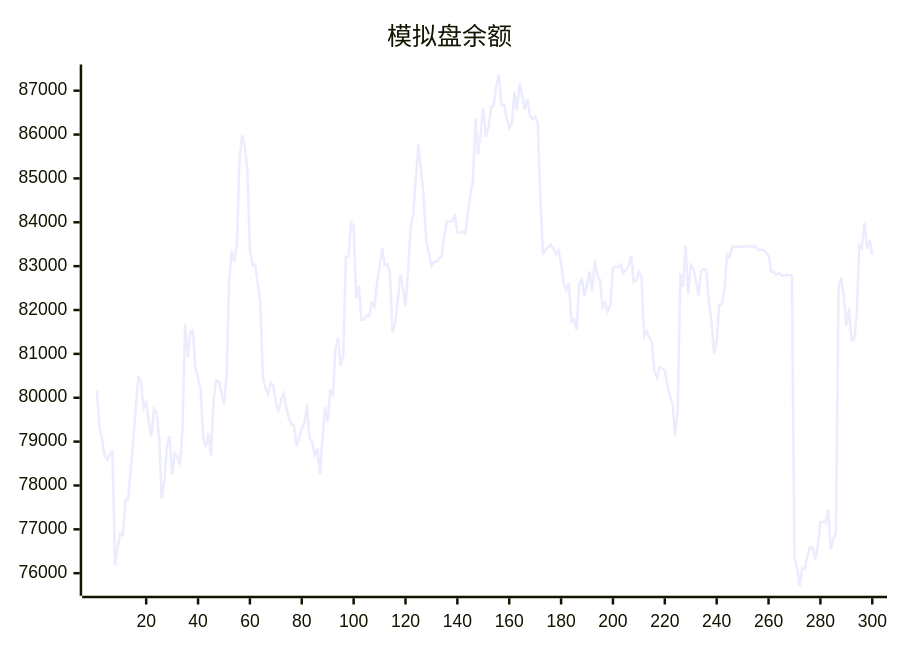
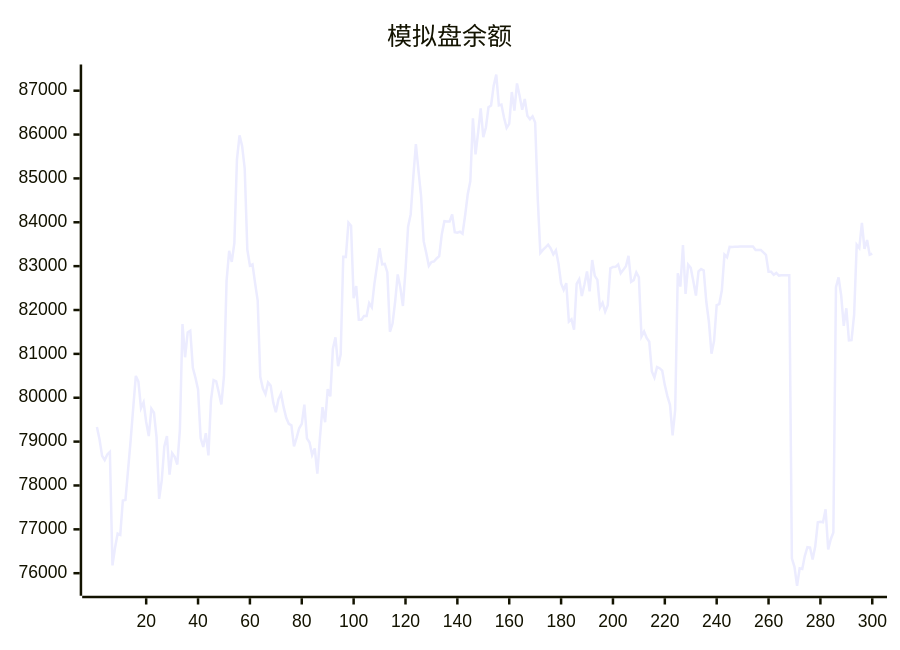
The diagram in README.md (aahl/ai-trading), drawn with Mermaid before and after one commit. The commit also changed other lines of this file and 1 other file, not shown here.

````diff
--- a/README.md
+++ b/README.md
@@ -5,5 +5,5 @@
 ```mermaid
 xychart
     title "模拟盘余额"
-    line [80160,79335,79055,78675,78580,78708,78764,76179,76586,76902,76876,77658,77669,78346,79023,79769,80497,80366,79761,79896,79448,79126,79749,79658,79097,77695,78114,78888,79126,78249,78738,78653,78478,79271,81680,80923,81488,81527,80681,80455,80190,79084,78879,79193,78686,79954,80403,80374,80118,79848,80491,82665,83351,83098,83525,85430,85983,85737,85221,83378,83014,83043,82613,82216,80477,80208,80081,80348,80277,79894,79670,79965,80093,79786,79542,79406,79371,78893,79087,79304,79406,79841,79072,78978,78696,78846,78272,79085,79787,79442,80198,80031,81120,81379,80718,80985,83214,83212,83993,83921,82270,82547,81776,81776,81866,81866,82158,82061,82596,83000,83408,83041,83050,82858,81503,81691,82188,82812,82517,82092,82901,83898,84180,85030,85781,85178,84604,83569,83298,83008,83093,83107,83175,83228,83729,84025,84017,84019,84177,83775,83762,83785,83738,84160,84639,84939,86370,85548,86046,86599,85942,86161,86622,86664,87115,87369,86666,86685,86384,86152,86243,86969,86548,87164,86885,86566,86809,86427,86348,86417,86273,84538,83299,83369,83430,83490,83404,83270,83362,83056,82605,82459,82614,81734,81788,81551,82598,82702,82320,82580,82878,82426,83139,82778,82686,82056,82166,81963,82110,82951,82983,82984,83038,82838,82915,82998,83235,82642,82682,82858,82746,81396,81512,81362,81277,80600,80461,80699,80673,80616,80288,80038,79836,79142,79722,82837,82533,83480,82366,83032,82960,82654,82330,82883,82934,82901,82188,81728,81005,81298,82110,82135,82449,83264,83203,83440,83439,83440,83440,83446,83447,83448,83447,83448,83449,83369,83369,83369,83313,83256,82872,82873,82801,82844,82785,82791,82791,82793,82794,76339,76145,75714,76110,76096,76397,76594,76585,76310,76607,77160,77170,77160,77456,76541,76774,76927,82520,82744,82337,81639,82040,81307,81314,81887,83490,83414,83984,83396,83594,83261]
+    line [79335,79055,78675,78580,78708,78764,76179,76586,76902,76876,77658,77669,78346,79023,79769,80497,80366,79761,79896,79448,79126,79749,79658,79097,77695,78114,78888,79126,78249,78738,78653,78478,79271,81680,80923,81488,81527,80681,80455,80190,79084,78879,79193,78686,79954,80403,80374,80118,79848,80491,82665,83351,83098,83525,85430,85983,85737,85221,83378,83014,83043,82613,82216,80477,80208,80081,80348,80277,79894,79670,79965,80093,79786,79542,79406,79371,78893,79087,79304,79406,79841,79072,78978,78696,78846,78272,79085,79787,79442,80198,80031,81120,81379,80718,80985,83214,83212,83993,83921,82270,82547,81776,81776,81866,81866,82158,82061,82596,83000,83408,83041,83050,82858,81503,81691,82188,82812,82517,82092,82901,83898,84180,85030,85781,85178,84604,83569,83298,83008,83093,83107,83175,83228,83729,84025,84017,84019,84177,83775,83762,83785,83738,84160,84639,84939,86370,85548,86046,86599,85942,86161,86622,86664,87115,87369,86666,86685,86384,86152,86243,86969,86548,87164,86885,86566,86809,86427,86348,86417,86273,84538,83299,83369,83430,83490,83404,83270,83362,83056,82605,82459,82614,81734,81788,81551,82598,82702,82320,82580,82878,82426,83139,82778,82686,82056,82166,81963,82110,82951,82983,82984,83038,82838,82915,82998,83235,82642,82682,82858,82746,81396,81512,81362,81277,80600,80461,80699,80673,80616,80288,80038,79836,79142,79722,82837,82533,83480,82366,83032,82960,82654,82330,82883,82934,82901,82188,81728,81005,81298,82110,82135,82449,83264,83203,83440,83439,83440,83440,83446,83447,83448,83447,83448,83449,83369,83369,83369,83313,83256,82872,82873,82801,82844,82785,82791,82791,82793,82794,76339,76145,75714,76110,76096,76397,76594,76585,76310,76607,77160,77170,77160,77456,76541,76774,76927,82520,82744,82337,81639,82040,81307,81314,81887,83490,83414,83984,83396,83594,83261,83287]
 ```
````
